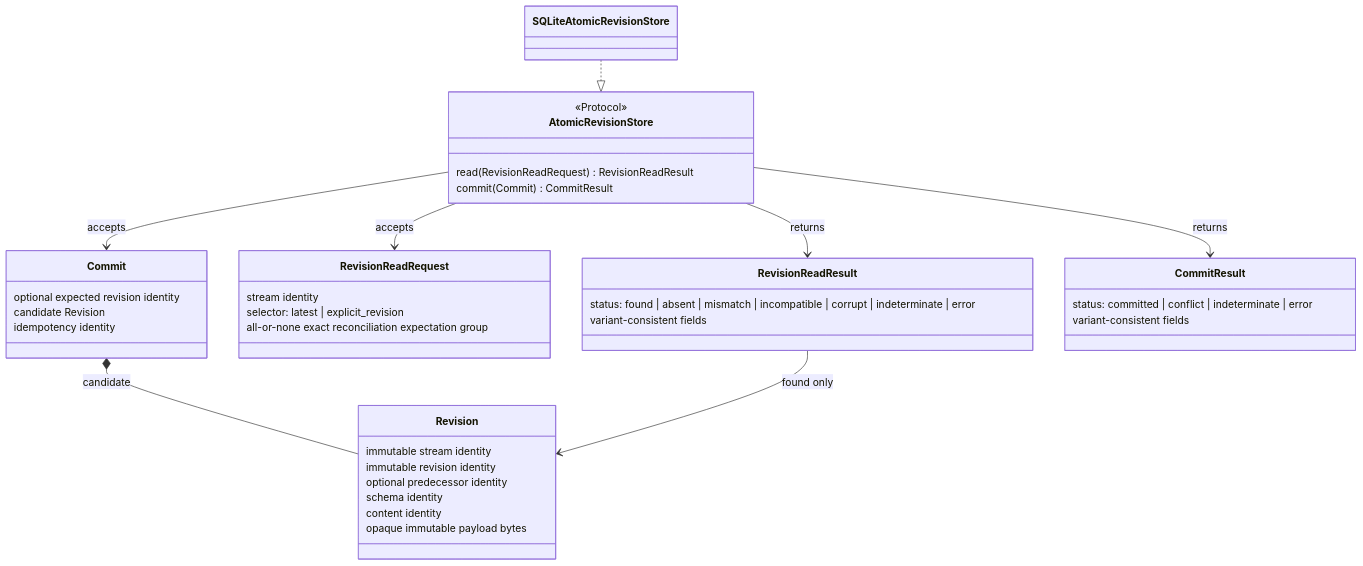
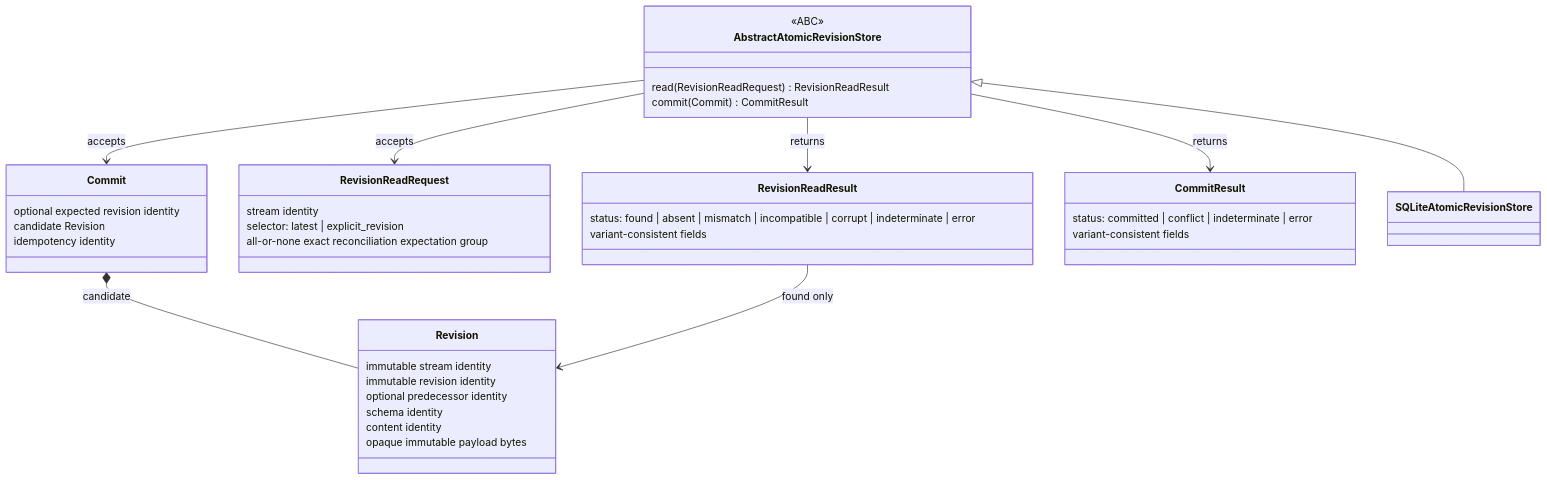
One commit to eragasa/ksdft2effmass changed the first of 4 diagrams in docs/architecture/v2/ksdft2effmass/persistence/index.md. Above: the diagram before and after it, drawn with Mermaid. The commit also changed other lines of this file and 94 other files, not shown here.

Commit message:
docs(architecture): close nominal ABC migration gate

````diff
--- a/docs/architecture/v2/ksdft2effmass/persistence/index.md
+++ b/docs/architecture/v2/ksdft2effmass/persistence/index.md
@@ -51,43 +56,43 @@
 ```mermaid
 classDiagram
     class Revision {
         immutable stream identity
         immutable revision identity
         optional predecessor identity
         schema identity
         content identity
         opaque immutable payload bytes
     }
     class Commit {
         optional expected revision identity
         candidate Revision
         idempotency identity
     }
     class RevisionReadRequest {
         stream identity
         selector: latest | explicit_revision
         all-or-none exact reconciliation expectation group
     }
     class RevisionReadResult {
         status: found | absent | mismatch | incompatible | corrupt | indeterminate | error
         variant-consistent fields
     }
     class CommitResult {
         status: committed | conflict | indeterminate | error
         variant-consistent fields
     }
-    class AtomicRevisionStore {
-        <<Protocol>>
+    class AbstractAtomicRevisionStore {
+        <<ABC>>
         read(RevisionReadRequest) RevisionReadResult
         commit(Commit) CommitResult
     }
     class SQLiteAtomicRevisionStore
 
     Commit *-- Revision : candidate
     RevisionReadResult --> Revision : found only
-    AtomicRevisionStore --> RevisionReadRequest : accepts
-    AtomicRevisionStore --> RevisionReadResult : returns
-    AtomicRevisionStore --> Commit : accepts
-    AtomicRevisionStore --> CommitResult : returns
-    SQLiteAtomicRevisionStore ..|> AtomicRevisionStore
+    AbstractAtomicRevisionStore --> RevisionReadRequest : accepts
+    AbstractAtomicRevisionStore --> RevisionReadResult : returns
+    AbstractAtomicRevisionStore --> Commit : accepts
+    AbstractAtomicRevisionStore --> CommitResult : returns
+    AbstractAtomicRevisionStore <|-- SQLiteAtomicRevisionStore
 ```
````
